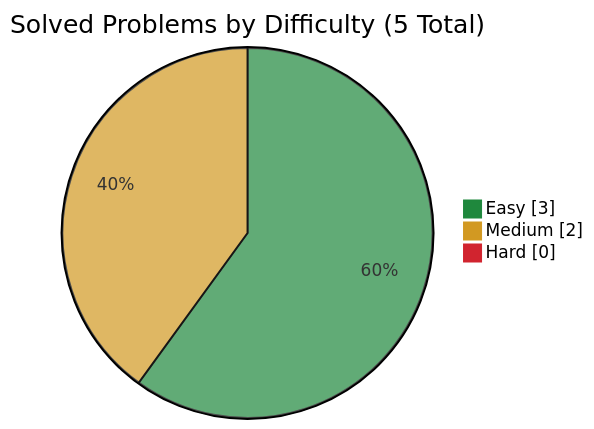
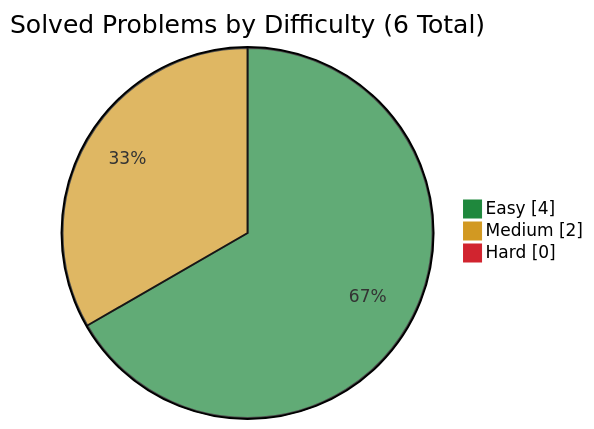
One commit to simonesiega/leetcode-solutions changed the diagram in companies/amazon/README.md. Above: the diagram before and after it, drawn with Mermaid. The commit also changed other lines of this file and 4 other files, not shown here.

````diff
--- a/companies/amazon/README.md
+++ b/companies/amazon/README.md
@@ -17,8 +17,8 @@
 ```mermaid
 %%{init: {"themeVariables": {"pie1": "#1f883d", "pie2": "#d29922", "pie3": "#d1242f"}}}%%
 pie showData
-    title Solved Problems by Difficulty (5 Total)
-    "Easy" : 3
+    title Solved Problems by Difficulty (6 Total)
+    "Easy" : 4
     "Medium" : 2
     "Hard" : 0
 ```
````
